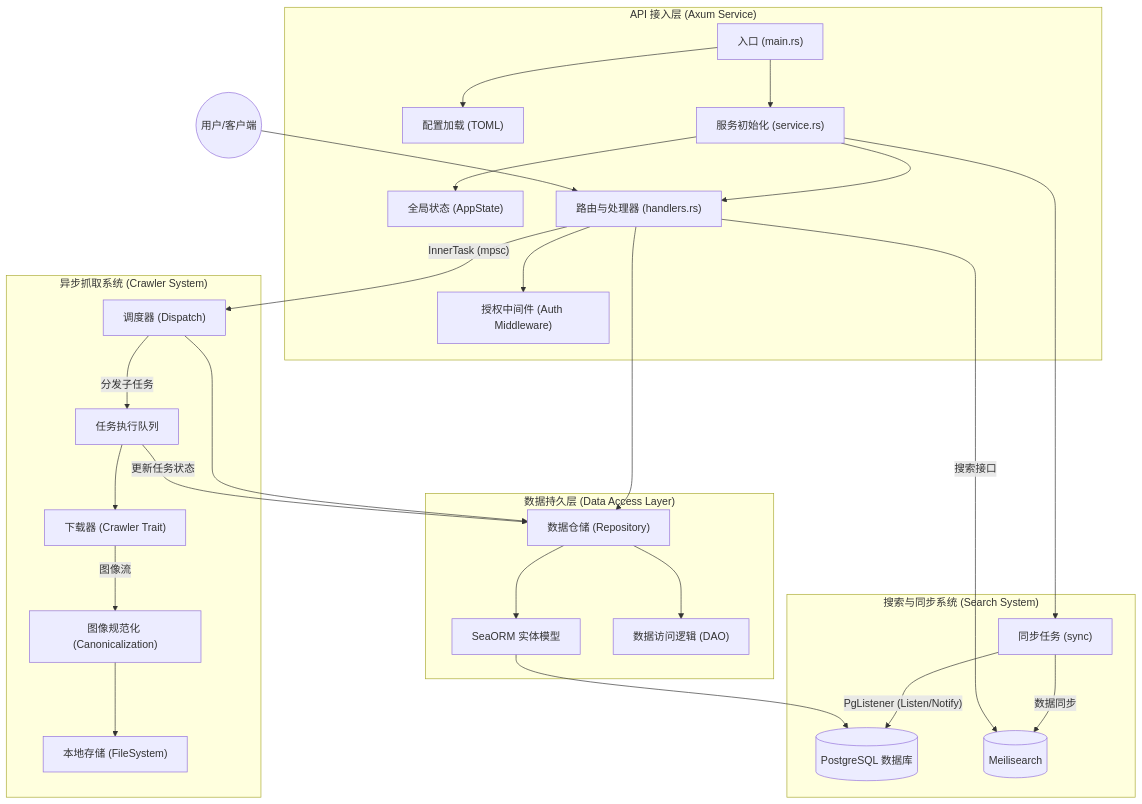
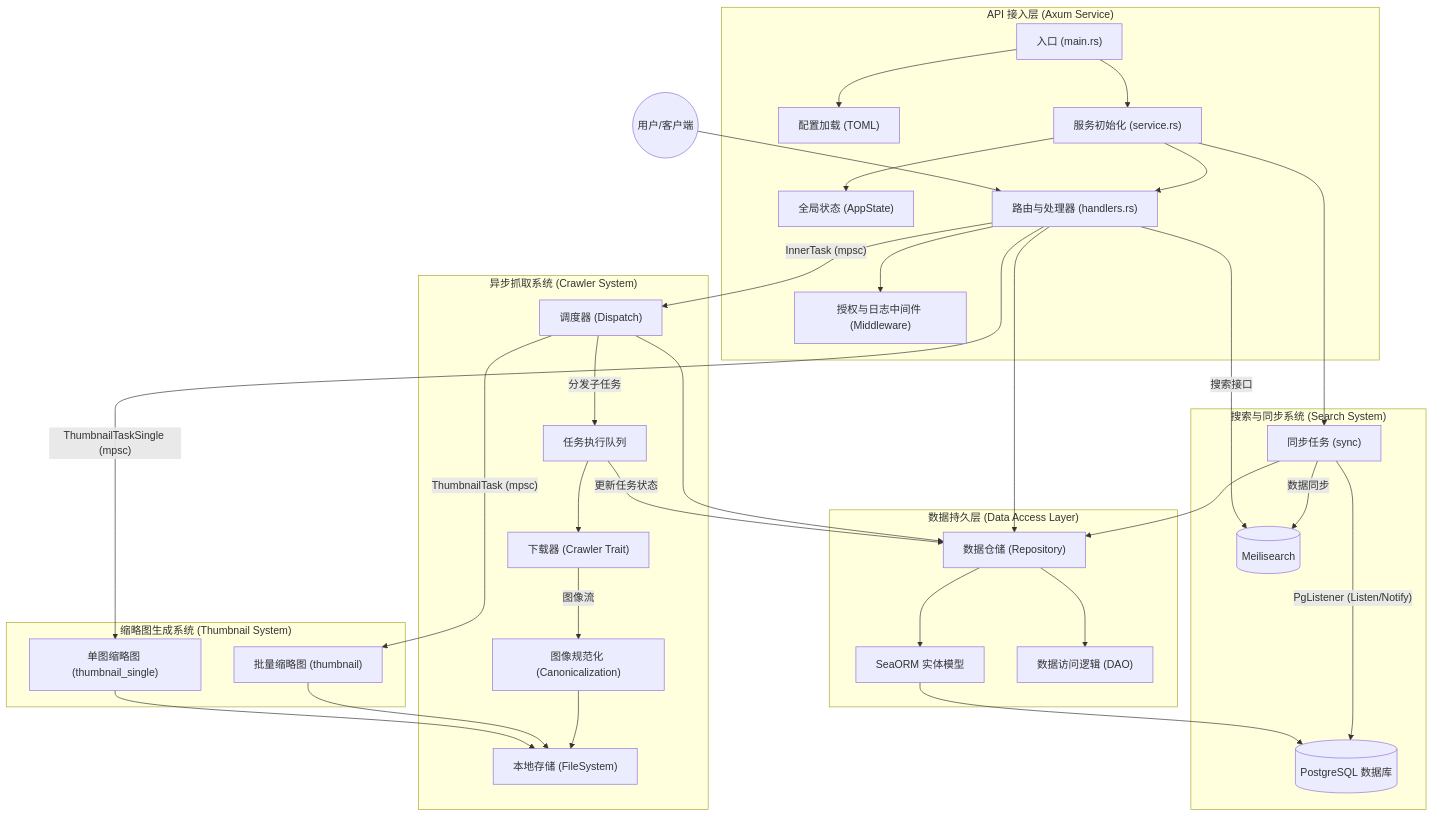
The diagram in README.md (NetSalmon/mangad-neon), drawn with Mermaid before and after one commit. The commit also changed other lines of this file and 10 other files, not shown here.

````diff
--- a/README.md
+++ b/README.md
@@ -1,37 +1,45 @@
 ```mermaid
 graph TD
     subgraph "API 接入层 (Axum Service)"
         Main["入口 (main.rs)"] --> Config["配置加载 (TOML)"]
         Main --> Service["服务初始化 (service.rs)"]
         Service --> State["全局状态 (AppState)"]
         Service --> Router["路由与处理器 (handlers.rs)"]
-        Router --> Middleware["授权中间件 (Auth Middleware)"]
+        Router --> Middleware["授权与日志中间件 (Middleware)"]
     end
 
     subgraph "异步抓取系统 (Crawler System)"
         Router -- "InnerTask (mpsc)" --> Dispatch["调度器 (Dispatch)"]
         Dispatch -- "分发子任务" --> TaskQueue["任务执行队列"]
         TaskQueue --> Downloader["下载器 (Crawler Trait)"]
         Downloader -- "图像流" --> Canonical["图像规范化 (Canonicalization)"]
         Canonical --> Storage["本地存储 (FileSystem)"]
+    end
+
+    subgraph "缩略图生成系统 (Thumbnail System)"
+        Dispatch -- "ThumbnailTask (mpsc)" --> Thumbnail["批量缩略图 (thumbnail)"]
+        Router -- "ThumbnailTaskSingle (mpsc)" --> ThumbnailSingle["单图缩略图 (thumbnail_single)"]
+        Thumbnail --> Storage
+        ThumbnailSingle --> Storage
     end
 
     subgraph "搜索与同步系统 (Search System)"
         Service --> Sync["同步任务 (sync)"]
         Sync -- "PgListener (Listen/Notify)" --> DB
         Sync -- "数据同步" --> Meili[("Meilisearch")]
         Router -- "搜索接口" --> Meili
     end
 
     subgraph "数据持久层 (Data Access Layer)"
         Repo["数据仓储 (Repository)"]
         Repo --> ORM["SeaORM 实体模型"]
         ORM --> DB[("PostgreSQL 数据库")]
         Repo --> DAO["数据访问逻辑 (DAO)"]
     end
 
     User((用户/客户端)) --> Router
     Router --> Repo
     Dispatch --> Repo
     TaskQueue -- "更新任务状态" --> Repo
+    Sync --> Repo
 ```
````
